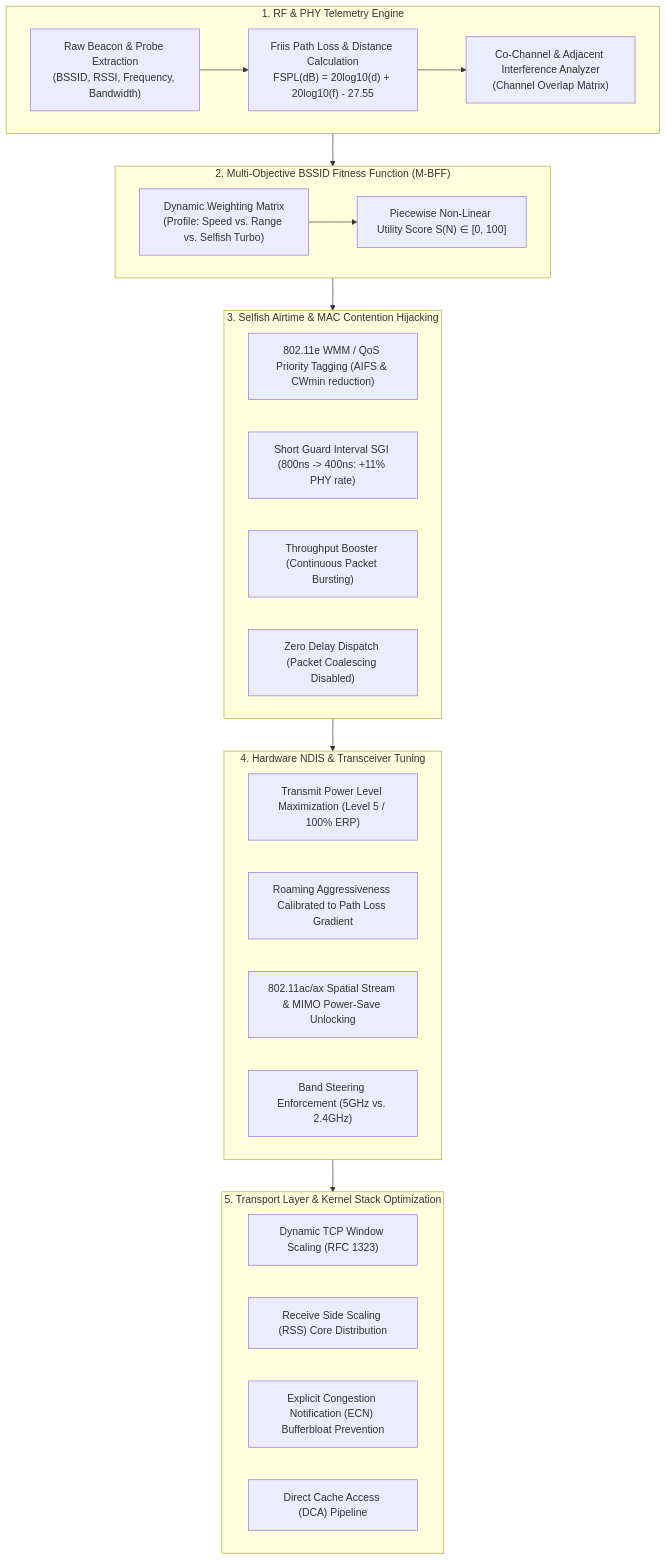
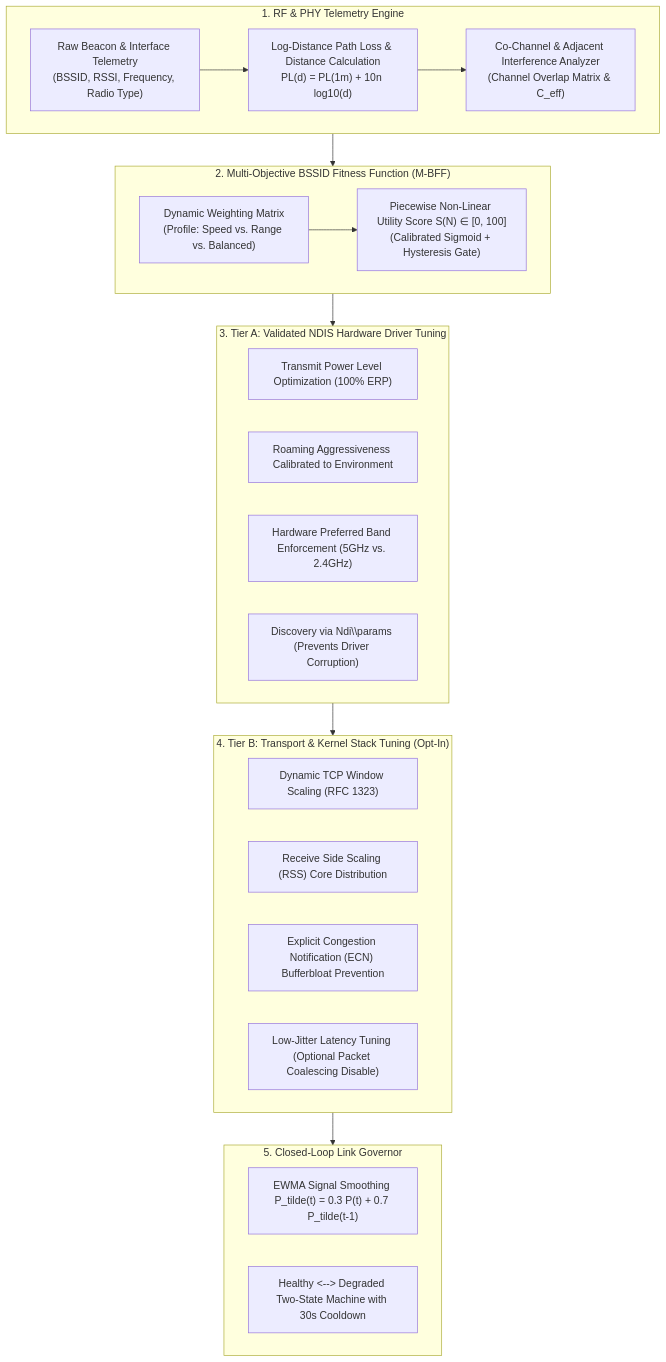
The diagram in docs/ALGORITHM.md (Enquzer/wifi-optimizer), drawn with Mermaid before and after one commit. The commit also changed other lines of this file and 1 other file, not shown here.

Commit message:
docs(spec): rewrite ALGORITHM.md and update UI help architecture with validated science and tiered safety

````diff
--- a/docs/ALGORITHM.md
+++ b/docs/ALGORITHM.md
@@ -17,37 +17,35 @@
 ```mermaid
 flowchart TD
     subgraph L1_L2["1. RF & PHY Telemetry Engine"]
-        A1["Raw Beacon & Probe Extraction\n(BSSID, RSSI, Frequency, Bandwidth)"] --> A2["Friis Path Loss & Distance Calculation\nFSPL(dB) = 20log10(d) + 20log10(f) - 27.55"]
-        A2 --> A3["Co-Channel & Adjacent Interference Analyzer\n(Channel Overlap Matrix)"]
+        A1["Raw Beacon & Interface Telemetry\n(BSSID, RSSI, Frequency, Radio Type)"] --> A2["Log-Distance Path Loss & Distance Calculation\nPL(d) = PL(1m) + 10n log10(d)"]
+        A2 --> A3["Co-Channel & Adjacent Interference Analyzer\n(Channel Overlap Matrix & C_eff)"]
     end
 
     subgraph Scoring["2. Multi-Objective BSSID Fitness Function (M-BFF)"]
-        B1["Dynamic Weighting Matrix\n(Profile: Speed vs. Range vs. Selfish Turbo)"] --> B2["Piecewise Non-Linear Utility Score S(N) ∈ [0, 100]"]
+        B1["Dynamic Weighting Matrix\n(Profile: Speed vs. Range vs. Balanced)"] --> B2["Piecewise Non-Linear Utility Score S(N) ∈ [0, 100]\n(Calibrated Sigmoid + Hysteresis Gate)"]
     end
 
-    subgraph MAC["3. Selfish Airtime & MAC Contention Hijacking"]
-        E1["802.11e WMM / QoS Priority Tagging (AIFS & CWmin reduction)"]
-        E2["Short Guard Interval SGI (800ns -> 400ns: +11% PHY rate)"]
-        E3["Throughput Booster (Continuous Packet Bursting)"]
-        E4["Zero Delay Dispatch (Packet Coalescing Disabled)"]
+    subgraph Hardware["3. Tier A: Validated NDIS Hardware Driver Tuning"]
+        C1["Transmit Power Level Optimization (100% ERP)"]
+        C2["Roaming Aggressiveness Calibrated to Environment"]
+        C3["Hardware Preferred Band Enforcement (5GHz vs. 2.4GHz)"]
+        C4["Discovery via Ndi\\params (Prevents Driver Corruption)"]
     end
 
-    subgraph Kernel["4. Hardware NDIS & Transceiver Tuning"]
-        C1["Transmit Power Level Maximization (Level 5 / 100% ERP)"]
-        C2["Roaming Aggressiveness Calibrated to Path Loss Gradient"]
-        C3["802.11ac/ax Spatial Stream & MIMO Power-Save Unlocking"]
-        C4["Band Steering Enforcement (5GHz vs. 2.4GHz)"]
-    end
-
-    subgraph Transport["5. Transport Layer & Kernel Stack Optimization"]
+    subgraph Stack["4. Tier B: Transport & Kernel Stack Tuning (Opt-In)"]
         D1["Dynamic TCP Window Scaling (RFC 1323)"]
         D2["Receive Side Scaling (RSS) Core Distribution"]
         D3["Explicit Congestion Notification (ECN) Bufferbloat Prevention"]
-        D4["Direct Cache Access (DCA) Pipeline"]
+        D4["Low-Jitter Latency Tuning (Optional Packet Coalescing Disable)"]
+    end
+
+    subgraph Governor["5. Closed-Loop Link Governor"]
+        E1["EWMA Signal Smoothing P_tilde(t) = 0.3 P(t) + 0.7 P_tilde(t-1)"]
+        E2["Healthy <--> Degraded Two-State Machine with 30s Cooldown"]
     end
 
     L1_L2 --> Scoring
-    Scoring --> MAC
-    MAC --> Kernel
-    Kernel --> Transport
+    Scoring --> Hardware
+    Hardware --> Stack
+    Stack --> Governor
 ```
````
